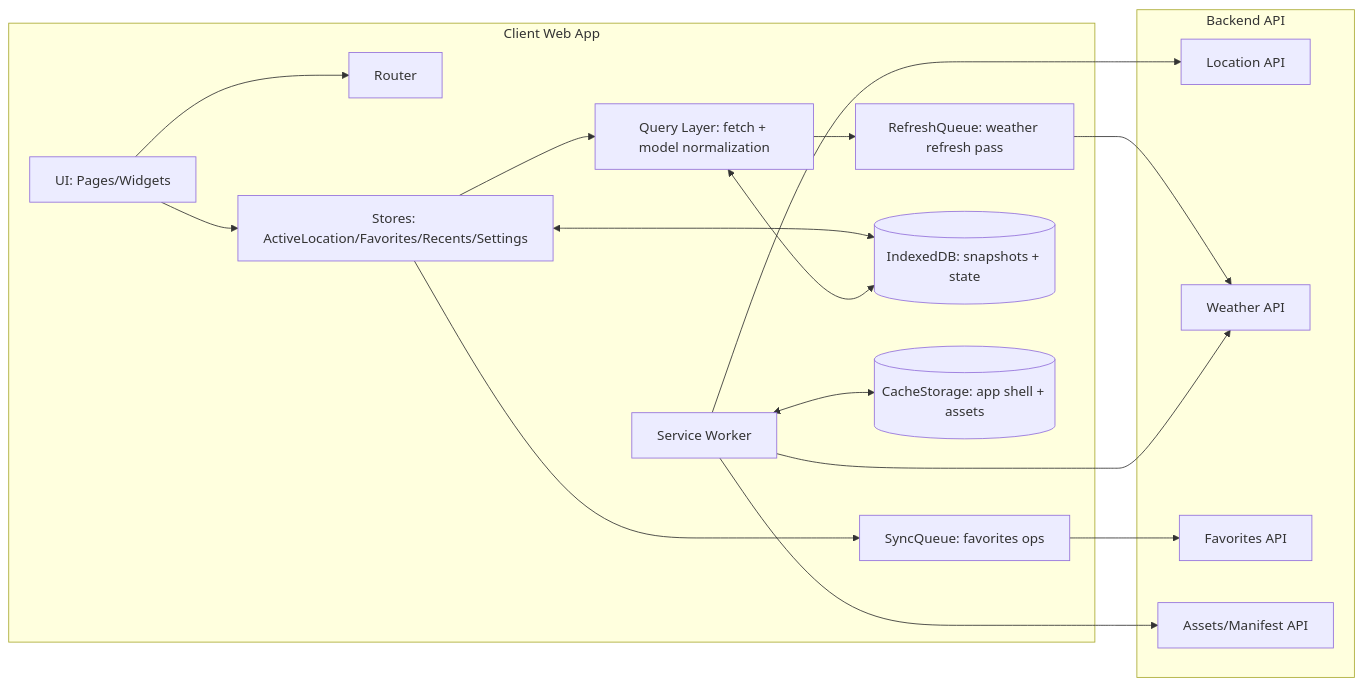
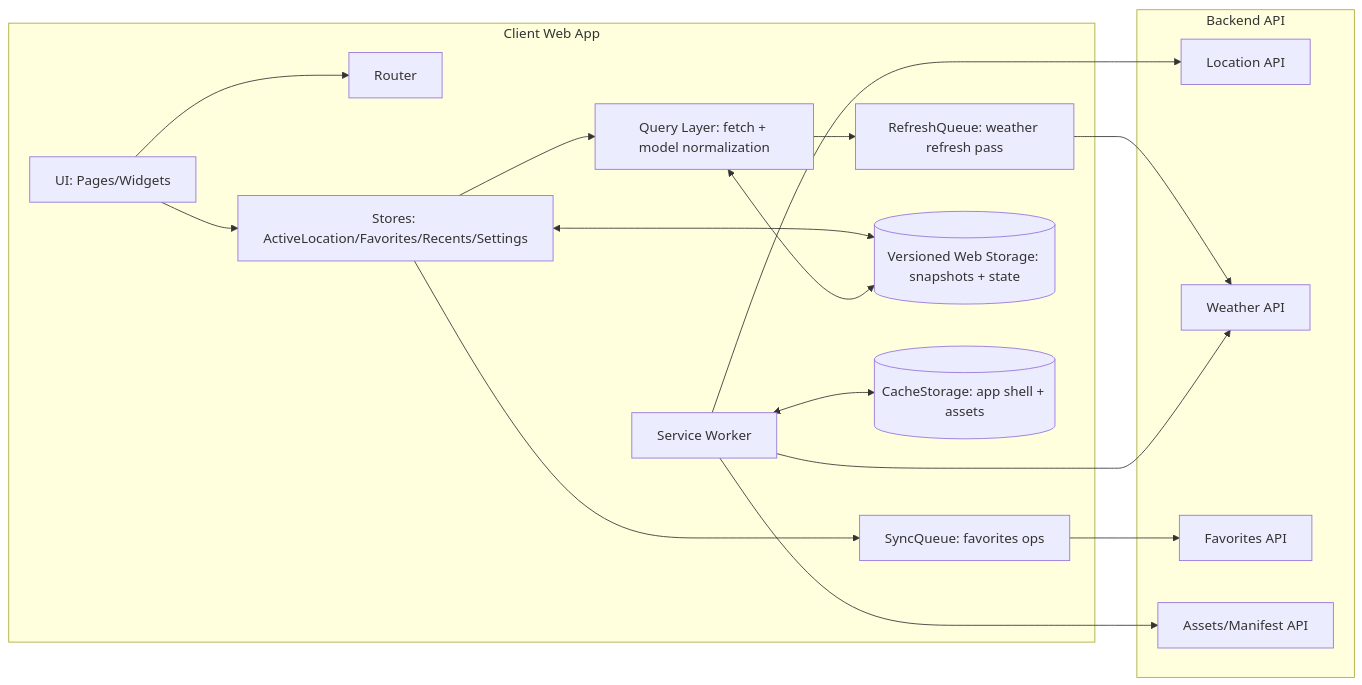
The first of 3 diagrams in docs/specs.md (cgm-16/weatherpane), drawn with Mermaid before and after one commit. The commit also changed other lines of this file and 18 other files, not shown here.

````diff
--- a/docs/specs.md
+++ b/docs/specs.md
@@ -155,36 +155,36 @@
 ```mermaid
 flowchart LR
   subgraph Client[Client Web App]
     UI[UI: Pages/Widgets]
     Router[Router]
     Stores[Stores: ActiveLocation/Favorites/Recents/Settings]
     Query[Query Layer: fetch + model normalization]
     RefreshQ[RefreshQueue: weather refresh pass]
     SyncQ[SyncQueue: favorites ops]
-    IDB[(IndexedDB: snapshots + state)]
+    Persist[(Versioned Web Storage: snapshots + state)]
     SW[Service Worker]
     Cache[(CacheStorage: app shell + assets)]
   end
 
   subgraph API[Backend API]
     Loc[Location API]
     Wx[Weather API]
     Fav[Favorites API]
     Assets[Assets/Manifest API]
   end
 
   UI --> Router
   UI --> Stores
   Stores --> Query
   Query --> RefreshQ
   RefreshQ --> Wx
   Stores --> SyncQ
   SyncQ --> Fav
-  Stores <--> IDB
-  Query <--> IDB
+  Stores <--> Persist
+  Query <--> Persist
 
   SW <--> Cache
   SW --> Wx
   SW --> Assets
   SW --> Loc
 ```
````
